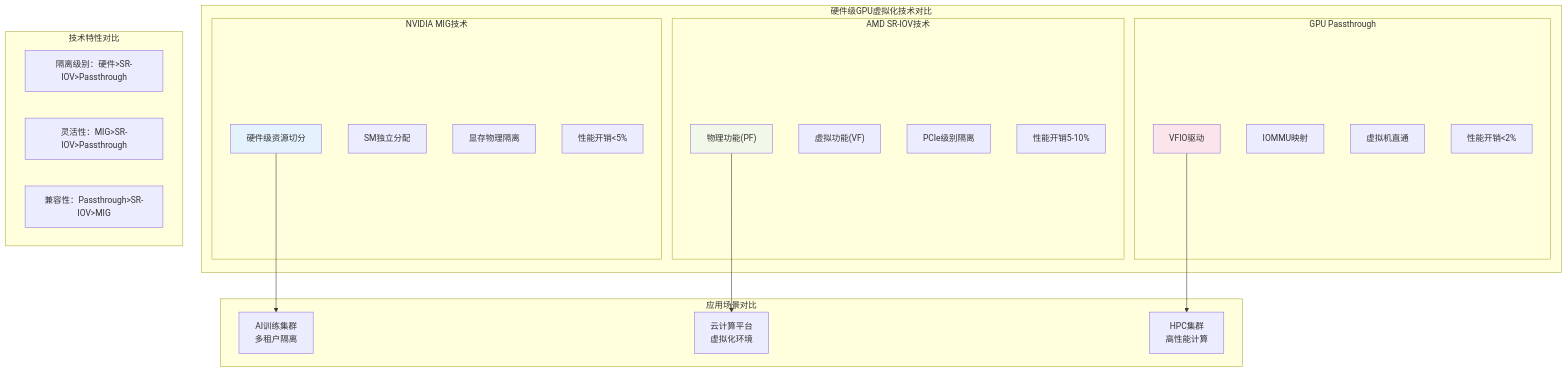
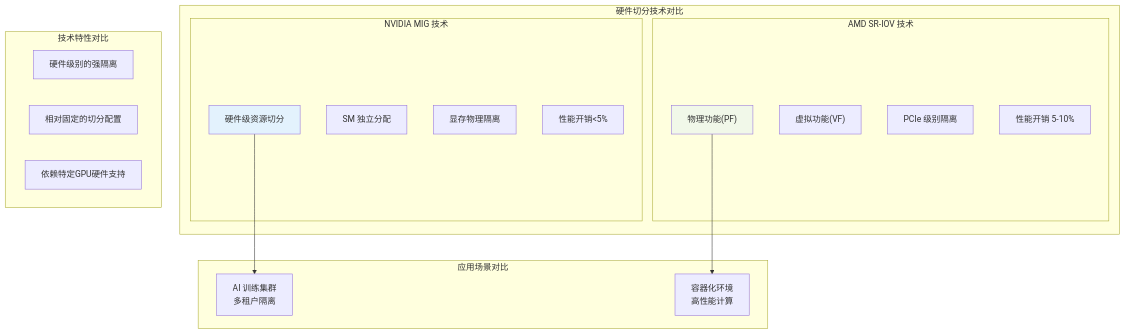
One commit to ForceInjection/AI-fundamentals changed the second of 5 diagrams in gpu_manager/第二部分：虚拟化技术篇.md. Above: the diagram before and after it, drawn with Mermaid. The commit also changed other lines of this file and 4 other files, not shown here.

````diff
--- a/gpu_manager/第二部分：虚拟化技术篇.md
+++ b/gpu_manager/第二部分：虚拟化技术篇.md
@@ -237,45 +531,35 @@
 ```mermaid
 graph TB
-    subgraph "硬件级GPU虚拟化技术对比"
-        subgraph "NVIDIA MIG技术"
+    subgraph "硬件切分技术对比"
+        subgraph "NVIDIA MIG 技术"
             MIG_HW["硬件级资源切分"]
-            MIG_SM["SM独立分配"]
+            MIG_SM["SM 独立分配"]
             MIG_MEM["显存物理隔离"]
             MIG_PERF["性能开销<5%"]
         end
         
-        subgraph "AMD SR-IOV技术"
+        subgraph "AMD SR-IOV 技术"
             SRIOV_PF["物理功能(PF)"]
             SRIOV_VF["虚拟功能(VF)"]
-            SRIOV_PCIE["PCIe级别隔离"]
-            SRIOV_PERF["性能开销5-10%"]
-        end
-        
-        subgraph "GPU Passthrough"
-            PT_VFIO["VFIO驱动"]
-            PT_IOMMU["IOMMU映射"]
-            PT_VM["虚拟机直通"]
-            PT_PERF["性能开销<2%"]
+            SRIOV_PCIE["PCIe 级别隔离"]
+            SRIOV_PERF["性能开销 5-10%"]
         end
     end
     
     subgraph "应用场景对比"
-        SCENARIO1["AI训练集群<br/>多租户隔离"]
-        SCENARIO2["云计算平台<br/>虚拟化环境"]
-        SCENARIO3["HPC集群<br/>高性能计算"]
+        SCENARIO1["AI 训练集群<br/>多租户隔离"]
+        SCENARIO2["容器化环境<br/>高性能计算"]
     end
     
     subgraph "技术特性对比"
-        ISOLATION["隔离级别：硬件>SR-IOV>Passthrough"]
-        FLEXIBILITY["灵活性：MIG>SR-IOV>Passthrough"]
-        COMPATIBILITY["兼容性：Passthrough>SR-IOV>MIG"]
+        ISOLATION["硬件级别的强隔离"]
+        FLEXIBILITY["相对固定的切分配置"]
+        COMPATIBILITY["依赖特定GPU硬件支持"]
     end
     
     MIG_HW --> SCENARIO1
     SRIOV_PF --> SCENARIO2
-    PT_VFIO --> SCENARIO3
     
     style MIG_HW fill:#e3f2fd
     style SRIOV_PF fill:#f1f8e9
-    style PT_VFIO fill:#fce4ec
 ```
````
